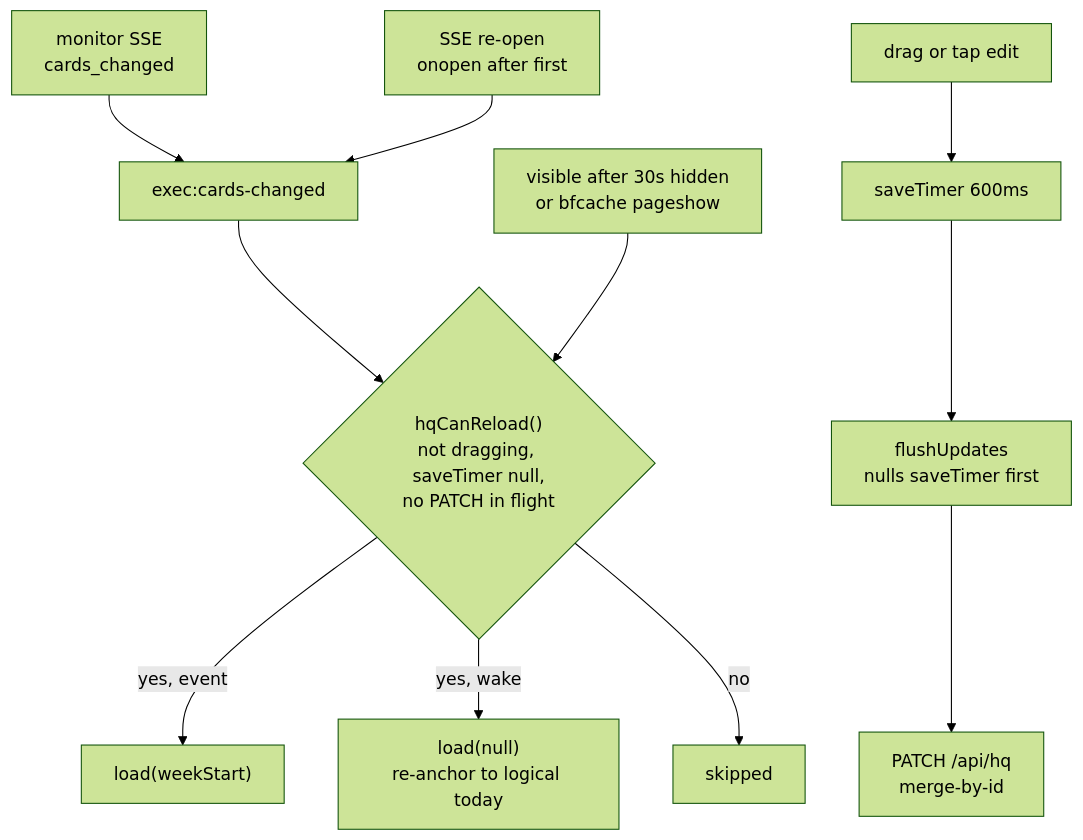
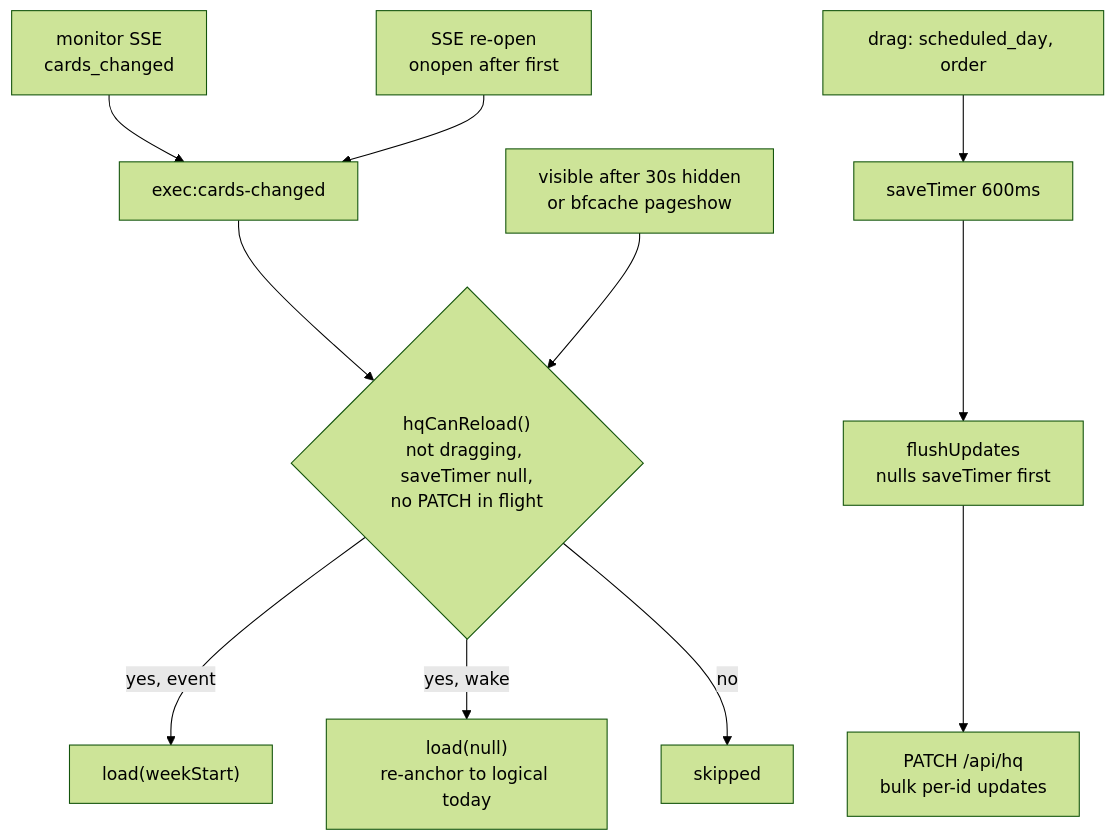
One commit to wai-lau/exec-fn changed the diagram in docs/arch/20-hq-sync.mmd. Above: the diagram before and after it, drawn with Mermaid (forest theme). The commit also changed 42 other files, not shown here.

```diff
--- a/docs/arch/20-hq-sync.mmd
+++ b/docs/arch/20-hq-sync.mmd
@@ -1,9 +1,9 @@
 flowchart TB
   sse["monitor SSE<br/>cards_changed"] --> ev["exec:cards-changed"]
   re["SSE re-open<br/>onopen after first"] --> ev
   ev --> can{"hqCanReload()<br/>not dragging, saveTimer null,<br/>no PATCH in flight"}
   wake["visible after 30s hidden<br/>or bfcache pageshow"] --> can
   can -->|"yes, event"| lw["load(weekStart)"]
   can -->|"yes, wake"| ln["load(null)<br/>re-anchor to logical today"]
   can -->|"no"| skip["skipped"]
-  drag["drag or tap edit"] --> st["saveTimer 600ms"] --> fl["flushUpdates<br/>nulls saveTimer first"] --> pt["PATCH /api/hq<br/>merge-by-id"]
+  drag["drag: scheduled_day, order"] --> st["saveTimer 600ms"] --> fl["flushUpdates<br/>nulls saveTimer first"] --> pt["PATCH /api/hq<br/>bulk per-id updates"]
```
